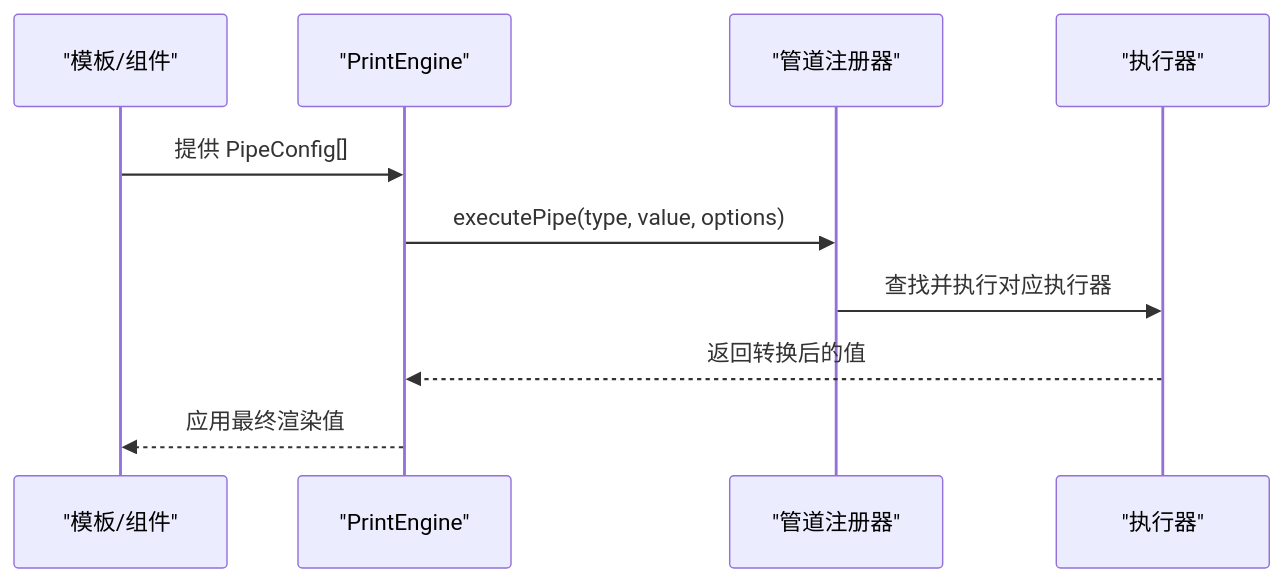
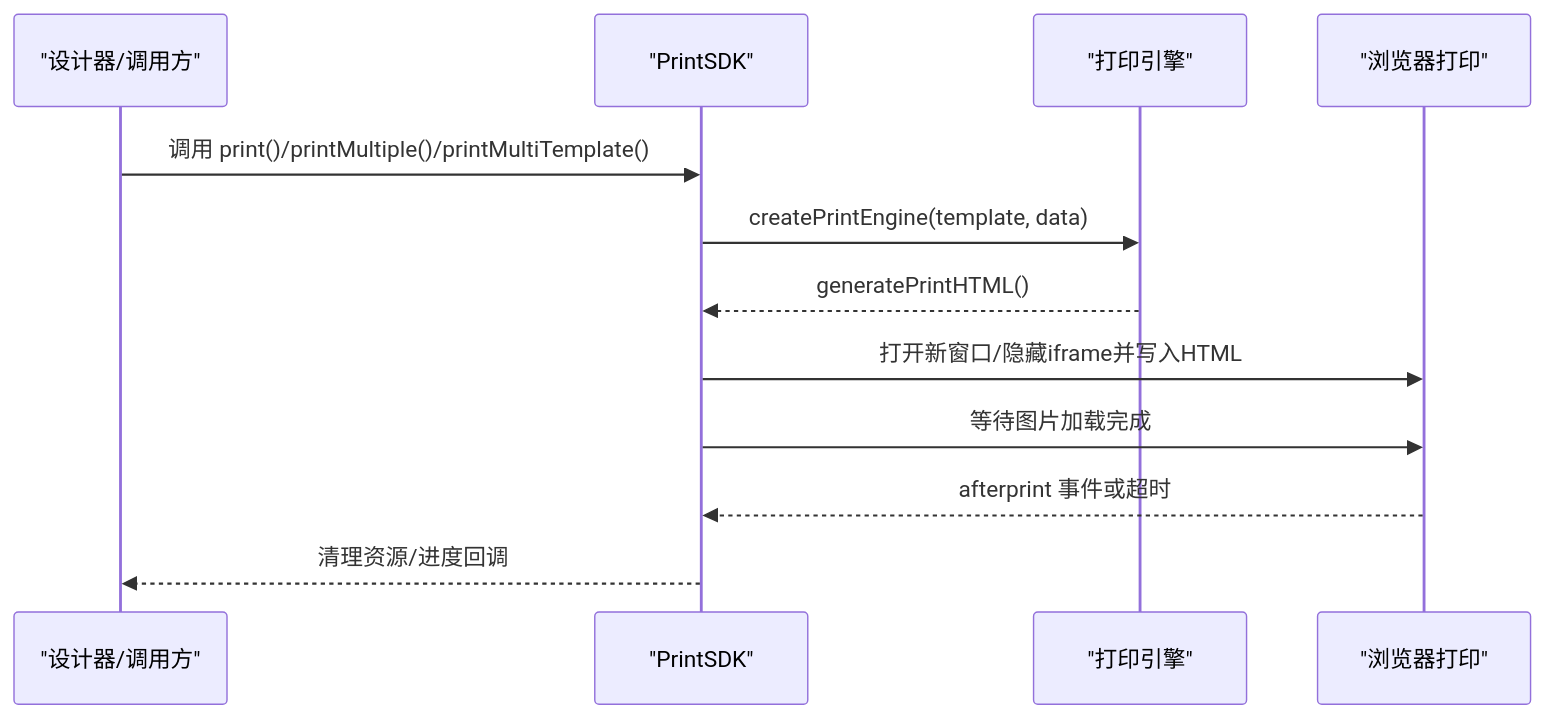
One commit to joker-yjc/printer changed the fourth of 8 diagrams in .qoder/repowiki/zh/content/项目概述/项目概述.md. Above: the diagram before and after it, drawn with Mermaid. The commit also changed other lines of this file and 86 other files, not shown here.

````diff
--- a/.qoder/repowiki/zh/content/项目概述/项目概述.md
+++ b/.qoder/repowiki/zh/content/项目概述/项目概述.md
@@ -243,12 +168,14 @@
 ```mermaid
 sequenceDiagram
-participant T as "模板/组件"
-participant E as "PrintEngine"
-participant R as "管道注册器"
-participant X as "执行器"
-T->>E : 提供 PipeConfig[]
-E->>R : executePipe(type, value, options)
-R->>X : 查找并执行对应执行器
-X-->>E : 返回转换后的值
-E-->>T : 应用最终渲染值
+participant UI as "设计器/调用方"
+participant SDK as "PrintSDK"
+participant Engine as "打印引擎"
+participant Browser as "浏览器打印"
+UI->>SDK : 调用 print()/printMultiple()/printMultiTemplate()
+SDK->>Engine : createPrintEngine(template, data)
+Engine-->>SDK : generatePrintHTML()
+SDK->>Browser : 打开新窗口/隐藏iframe并写入HTML
+SDK->>Browser : 等待图片加载完成
+Browser-->>SDK : afterprint 事件或超时
+SDK-->>UI : 清理资源/进度回调
 ```
````
